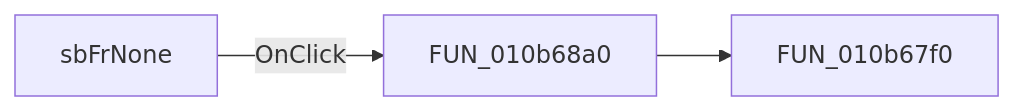
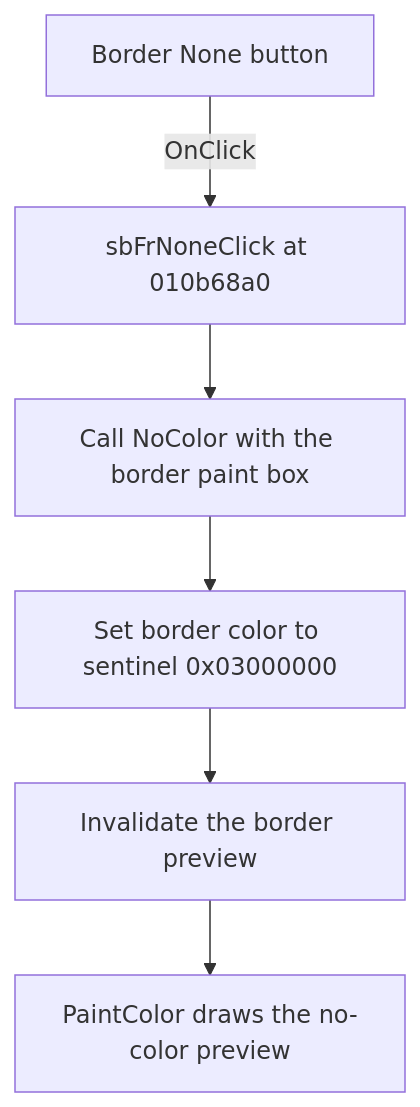
Before and after one commit to MovGP0/TIARA: the diagram in docs/ui-controls/wmfpropsdlg/sbfrnone-ca000d30d0.md, drawn with Mermaid. The commit also changed other lines of this file and 1062 other files, not shown here.

````diff
--- a/docs/ui-controls/wmfpropsdlg/sbfrnone-ca000d30d0.md
+++ b/docs/ui-controls/wmfpropsdlg/sbfrnone-ca000d30d0.md
@@ -27,5 +29,8 @@
 ```mermaid
-flowchart LR
-    control["sbFrNone"] -->|OnClick| handler["FUN_010b68a0"]
-    handler --> call1["FUN_010b67f0"]
+flowchart TD
+    control["Border None button"] -->|OnClick| handler["sbFrNoneClick at 010b68a0"]
+    handler --> shared["Call NoColor with the border paint box"]
+    shared --> clear["Set border color to sentinel 0x03000000"]
+    clear --> refresh["Invalidate the border preview"]
+    refresh --> paint["PaintColor draws the no-color preview"]
 ```
````
